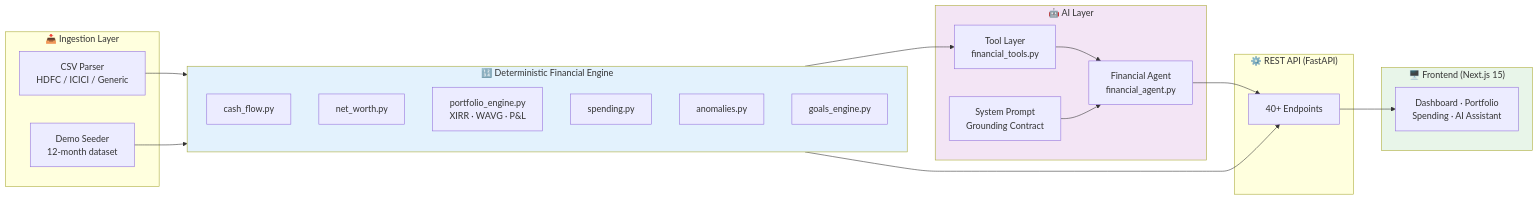
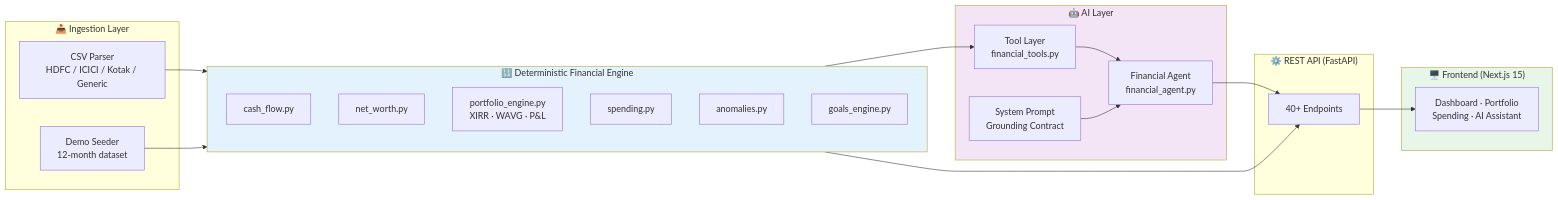
The second of 2 diagrams in README.md (aftermoon07/WealthOS), drawn with Mermaid before and after one commit. The commit also changed other lines of this file, not shown here.

Commit message:
docs: update README with Transactions UI, Kotak CSV support, and auto-account creation

````diff
--- a/README.md
+++ b/README.md
@@ -123,43 +128,43 @@
 ```mermaid
 graph LR
     subgraph Ingestion ["📥 Ingestion Layer"]
-        CSV[CSV Parser<br/>HDFC / ICICI / Generic]
+        CSV[CSV Parser<br/>HDFC / ICICI / Kotak / Generic]
         Seeder[Demo Seeder<br/>12-month dataset]
     end
 
     subgraph Engine ["🔢 Deterministic Financial Engine"]
         CF[cash_flow.py]
         NW[net_worth.py]
         PE[portfolio_engine.py<br/>XIRR · WAVG · P&L]
         SP[spending.py]
         AN[anomalies.py]
         GO[goals_engine.py]
     end
 
     subgraph AI ["🤖 AI Layer"]
         Tools[Tool Layer<br/>financial_tools.py]
         Agent[Financial Agent<br/>financial_agent.py]
         Prompt[System Prompt<br/>Grounding Contract]
     end
 
     subgraph API ["⚙️ REST API (FastAPI)"]
         Routes[40+ Endpoints]
     end
 
     subgraph Frontend ["🖥️ Frontend (Next.js 15)"]
         UI[Dashboard · Portfolio<br/>Spending · AI Assistant]
     end
 
     CSV --> Engine
     Seeder --> Engine
     Engine --> Tools
     Tools --> Agent
     Prompt --> Agent
     Agent --> Routes
     Engine --> Routes
     Routes --> UI
 
     style Engine fill:#e3f2fd
     style AI fill:#f3e5f5
     style Frontend fill:#e8f5e9
 ```
````
